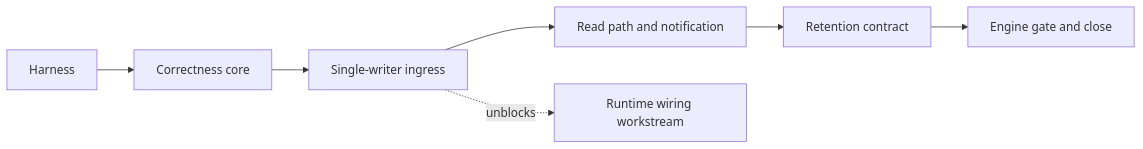
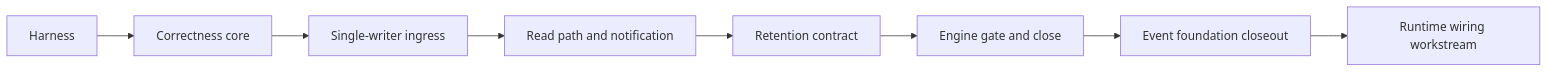
One commit to JerkyTreats/meld changed the diagram in design/plan/events/event_spine_overhaul_program.md. Above: the diagram before and after it, drawn with Mermaid. The commit also changed other lines of this file and 20 other files, not shown here.

Commit message:
design(events): define event foundation closeout

````diff
--- a/design/plan/events/event_spine_overhaul_program.md
+++ b/design/plan/events/event_spine_overhaul_program.md
@@ -66,9 +70,10 @@
 ```mermaid
 flowchart LR
     P1[Harness] --> P2[Correctness core]
     P2 --> P3[Single-writer ingress]
     P3 --> P4[Read path and notification]
     P4 --> P5[Retention contract]
     P5 --> P6[Engine gate and close]
-    P3 -. unblocks .-> RW[Runtime wiring workstream]
+    P6 --> EF[Event foundation closeout]
+    EF --> RW[Runtime wiring workstream]
 ```
````
